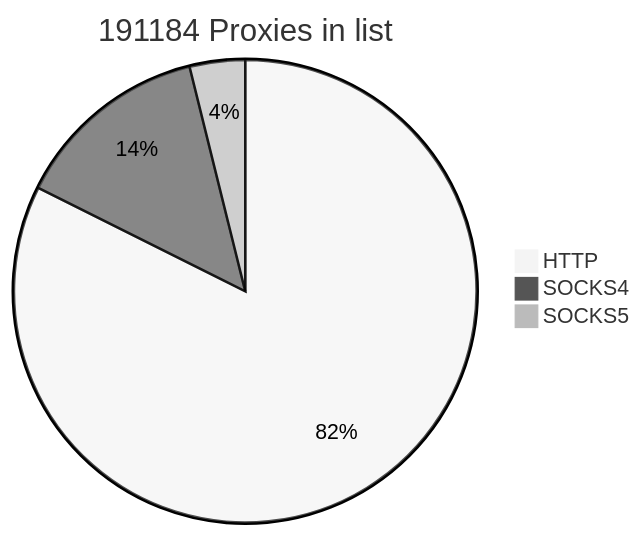
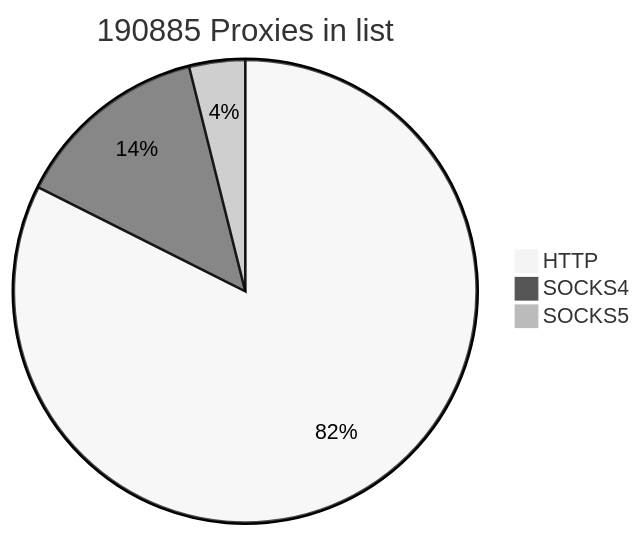
The first of 2 diagrams in README.md (cutipu/proxylist), drawn with Mermaid (neutral theme) before and after one commit. The commit also changed other lines of this file, not shown here.

````diff
--- a/README.md
+++ b/README.md
@@ -2,7 +2,7 @@
 ```mermaid
-pie title 191184 Proxies in list
-    "HTTP" : 157493
-    "SOCKS4" : 26291
-    "SOCKS5" : 7400
+pie title 190885 Proxies in list
+    "HTTP" : 157305
+    "SOCKS4" : 26131
+    "SOCKS5" : 7449
             
 ```
````
